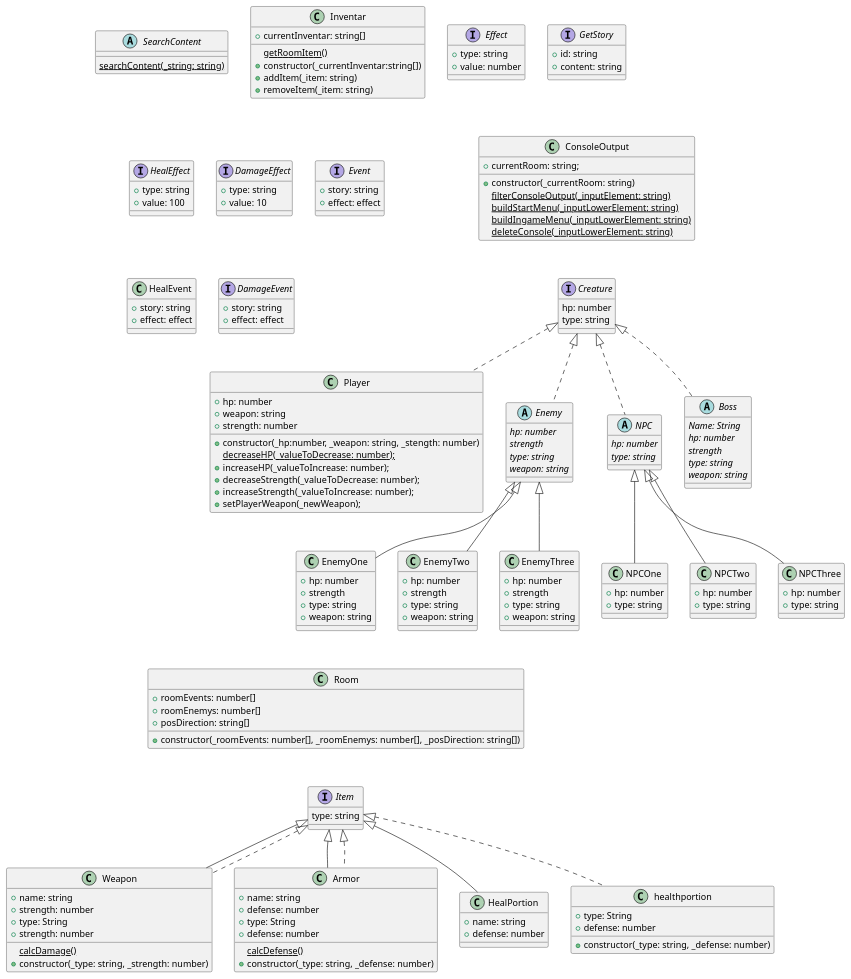
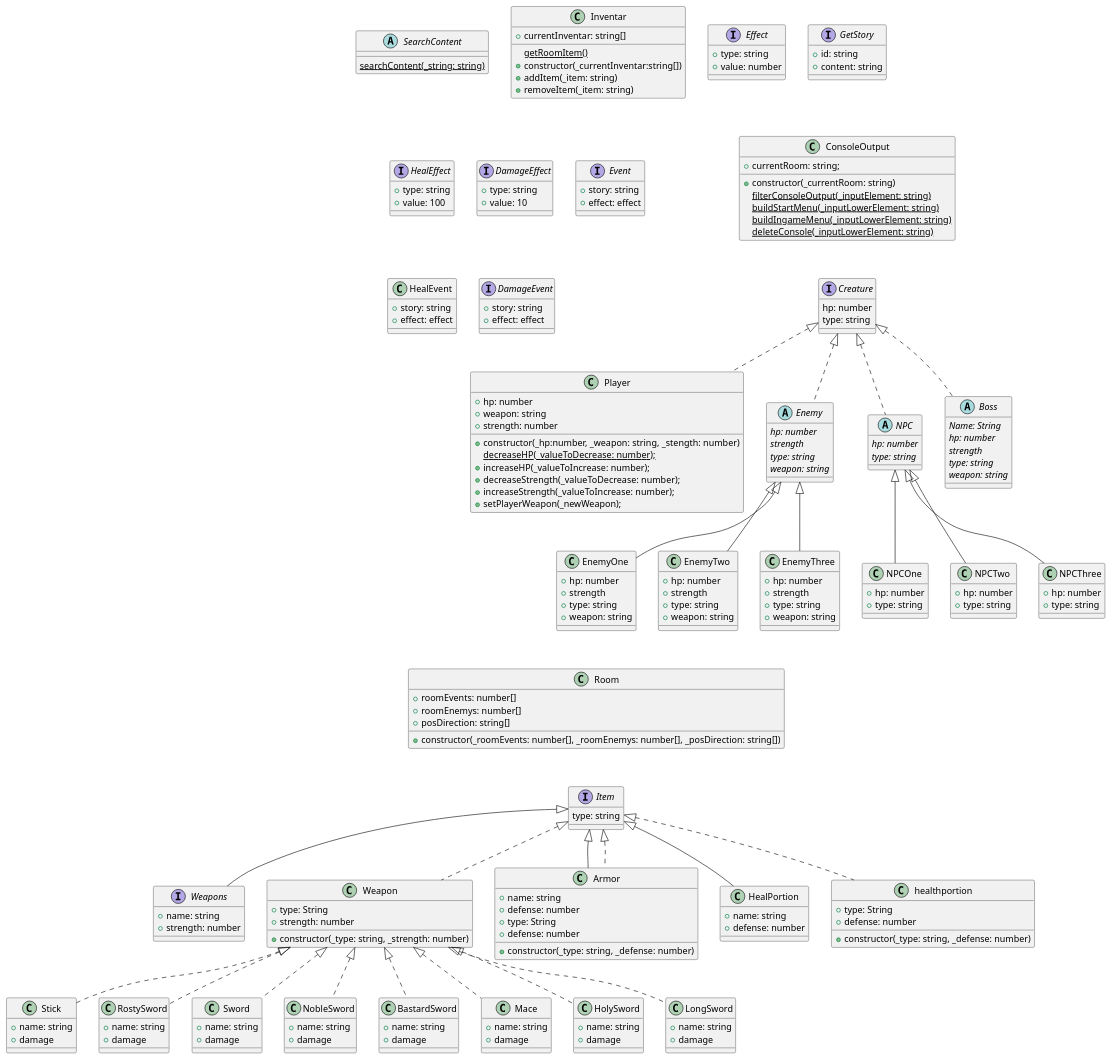
One commit to Z3r0cks/SoftDesignTextadventureKaserer changed the diagram in uml.puml. Above: the diagram before and after it, drawn with PlantUML. The commit also changed 11 other files, not shown here.

```diff
--- a/uml.puml
+++ b/uml.puml
@@ -8,16 +8,47 @@
   {static} getRoomItem()
 }
 
-class Weapon extends Item {
+interface Weapons extends Item {
   + name: string
   + strength: number
-  {static} calcDamage()
 }
 
-class Armor extends Item {
+class Stick implements Weapon {
+  + name: string
+  + damage
+}
+class RostySword implements Weapon {
+  + name: string
+  + damage
+}
+class Sword implements Weapon {
+  + name: string
+  + damage
+}
+class NobleSword implements Weapon {
+  + name: string
+  + damage
+}
+class BastardSword implements Weapon {
+  + name: string
+  + damage
+}
+class Mace implements Weapon {
+  + name: string
+  + damage
+}
+class HolySword implements Weapon {
+  + name: string
+  + damage
+}
+class LongSword implements Weapon {
+  + name: string
+  + damage
+}
+
+interface Armor extends Item {
   + name: string
   + defense: number
-  {static} calcDefense()
 }
 
 class HealPortion extends Item {
```
